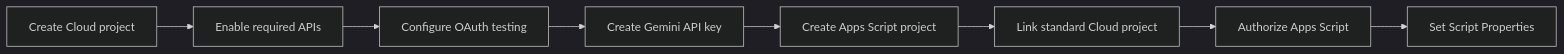
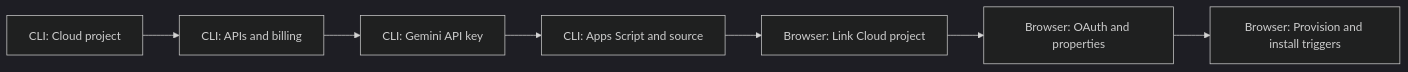
Before and after one commit to marcomc/Google-Drive-Utilities-Cataloger: the third of 3 diagrams in docs/RUNBOOK.md, drawn with Mermaid (dark theme). The commit also changed other lines of this file and 1 other file, not shown here.

Commit message:
feat: Update installation instructions and enhance runbook for CLI-first setup

````diff
--- a/docs/RUNBOOK.md
+++ b/docs/RUNBOOK.md
@@ -52,12 +64,11 @@
 ```mermaid
 flowchart LR
   accTitle: Initial installation path
-  accDescr: Creates the Cloud and Apps Script setup before any automation is enabled.
-  cloud["Create Cloud project"] --> apis["Enable required APIs"]
-  apis --> oauth["Configure OAuth testing"]
-  oauth --> key["Create Gemini API key"]
-  key --> script["Create Apps Script project"]
-  script --> link["Link standard Cloud project"]
-  link --> auth["Authorize Apps Script"]
-  auth --> config["Set Script Properties"]
+  accDescr: CLI creates the Cloud and script resources. Browser-only Google controls then link the projects, collect authorization, and store private runtime settings.
+  cloud["CLI: Cloud project"] --> apis["CLI: APIs and billing"]
+  apis --> key["CLI: Gemini API key"]
+  key --> script["CLI: Apps Script and source"]
+  script --> link["Browser: Link Cloud project"]
+  link --> auth["Browser: OAuth and properties"]
+  auth --> activate["Browser: Provision and install triggers"]
 ```
````
